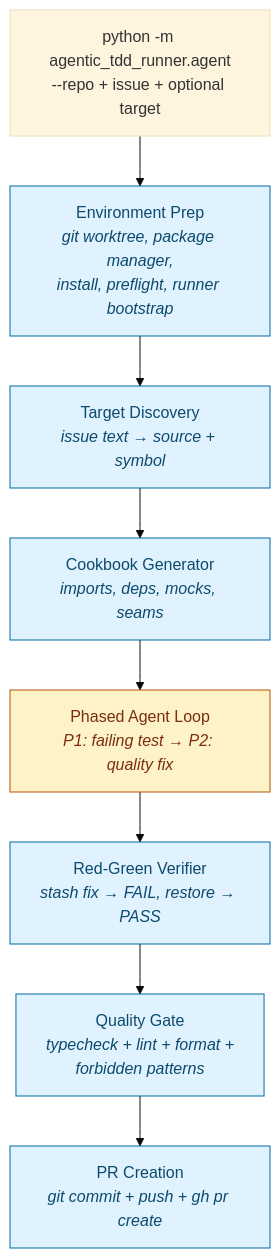
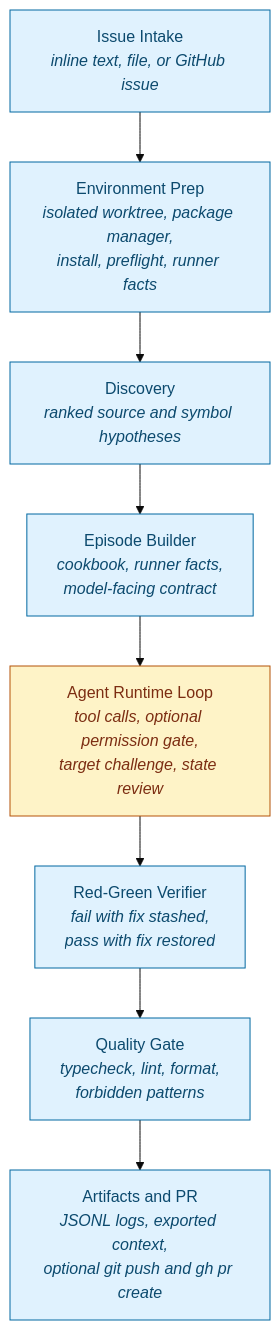
Before and after one commit to thellmwhisperer/agentic-team-member: the second of 3 diagrams in README.md, drawn with Mermaid (base theme). The commit also changed other lines of this file and 6 other files, not shown here.

Commit message:
Document target architecture

````diff
--- a/README.md
+++ b/README.md
@@ -109,14 +122,14 @@
 ```mermaid
 flowchart TB
-    A[python -m agentic_tdd_runner.agent<br/>--repo + issue + optional target] --> B
-    B[Environment Prep<br/><i>git worktree, package manager,<br/>install, preflight, runner bootstrap</i>]:::det --> C
-    C[Target Discovery<br/><i>issue text → source + symbol</i>]:::det --> D
-    D[Cookbook Generator<br/><i>imports, deps, mocks, seams</i>]:::det --> E
-    E[Phased Agent Loop<br/><i>P1: failing test → P2: quality fix</i>]:::llm --> F
-    F[Red-Green Verifier<br/><i>stash fix → FAIL, restore → PASS</i>]:::det --> G
-    G[Quality Gate<br/><i>typecheck + lint + format +<br/>forbidden patterns</i>]:::det --> H
-    H[PR Creation<br/><i>git commit + push + gh pr create</i>]:::det
+    A[Issue Intake<br/><i>inline text, file, or GitHub issue</i>]:::det --> B
+    B[Environment Prep<br/><i>isolated worktree, package manager,<br/>install, preflight, runner facts</i>]:::det --> C
+    C[Discovery<br/><i>ranked source and symbol hypotheses</i>]:::det --> D
+    D[Episode Builder<br/><i>cookbook, runner facts,<br/>model-facing contract</i>]:::det --> E
+    E[Agent Runtime Loop<br/><i>tool calls, optional permission gate,<br/>target challenge, state review</i>]:::llm --> F
+    F[Red-Green Verifier<br/><i>fail with fix stashed,<br/>pass with fix restored</i>]:::det --> G
+    G[Quality Gate<br/><i>typecheck, lint, format,<br/>forbidden patterns</i>]:::det --> H
+    H[Artifacts and PR<br/><i>JSONL logs, exported context,<br/>optional git push and gh pr create</i>]:::det
 
     classDef det fill:#e0f2fe,stroke:#0369a1,color:#0c4a6e
     classDef llm fill:#fef3c7,stroke:#b45309,color:#7c2d12
 ```
````
